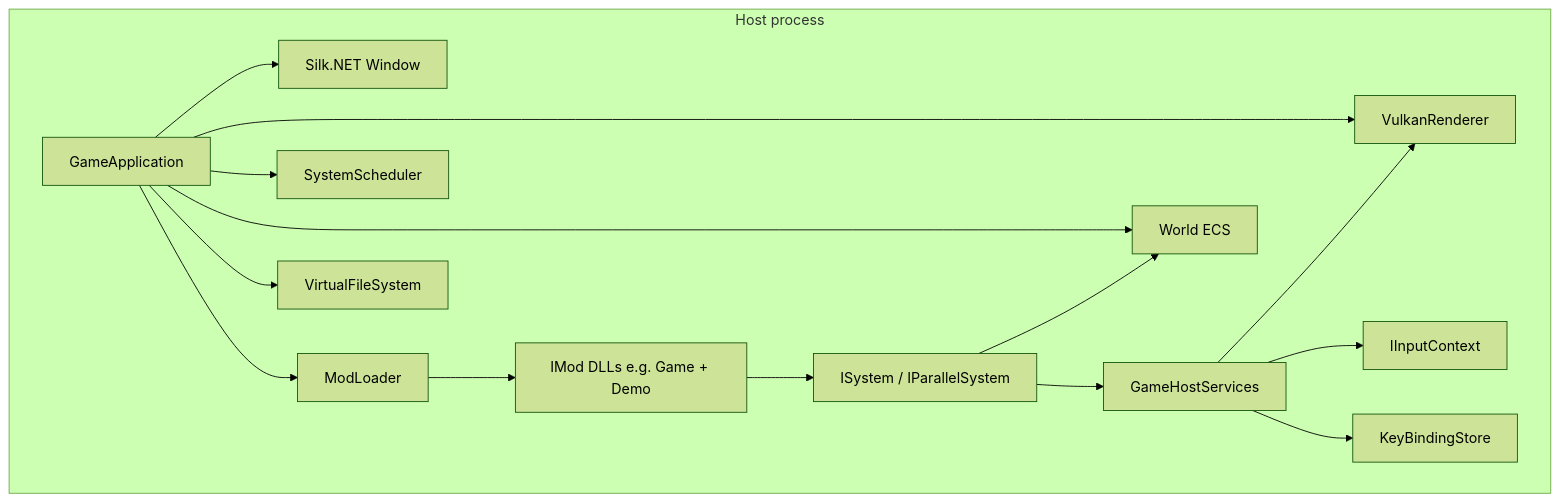
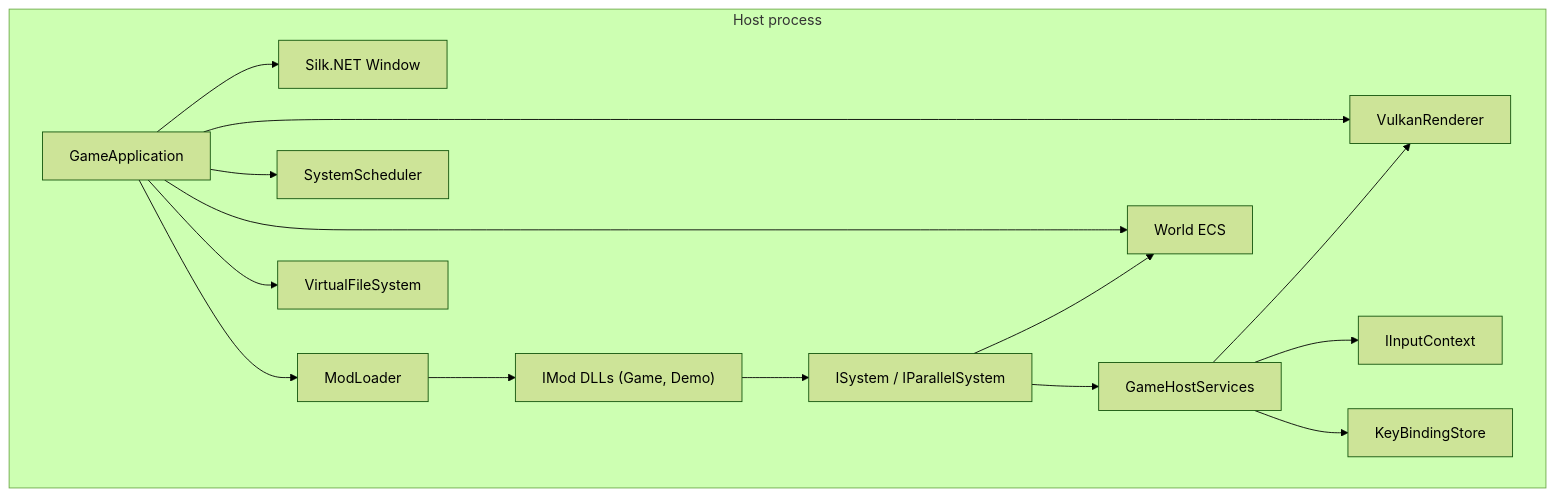
One commit to wallacet/Cyberland changed the diagram in README.md. Above: the diagram before and after it, drawn with Mermaid (forest theme).

Commit message:
Fixed architecture chart in readme

````diff
--- a/README.md
+++ b/README.md
@@ -140,20 +140,20 @@
 ```mermaid
 flowchart TB
-    subgraph host [Host process]
+    subgraph Host["Host process"]
         GA[GameApplication]
-        GA --> Window[Silk.NET Window]
+        GA --> Window["Silk.NET Window"]
         GA --> VK[VulkanRenderer]
         GA --> Sched[SystemScheduler]
-        GA --> World[World ECS]
+        GA --> World["World ECS"]
         GA --> VFS[VirtualFileSystem]
         ML[ModLoader]
         GA --> ML
-        ML --> ModDll[IMod DLLs e.g. Game + Demo]
-        ModDll --> Systems[ISystem / IParallelSystem]
+        ML --> ModDll["IMod DLLs (Game, Demo)"]
+        ModDll --> Systems["ISystem / IParallelSystem"]
         Systems --> World
         Systems --> HostSvc[GameHostServices]
         HostSvc --> VK
         HostSvc --> Input[IInputContext]
         HostSvc --> Keys[KeyBindingStore]
     end
 ```
````
